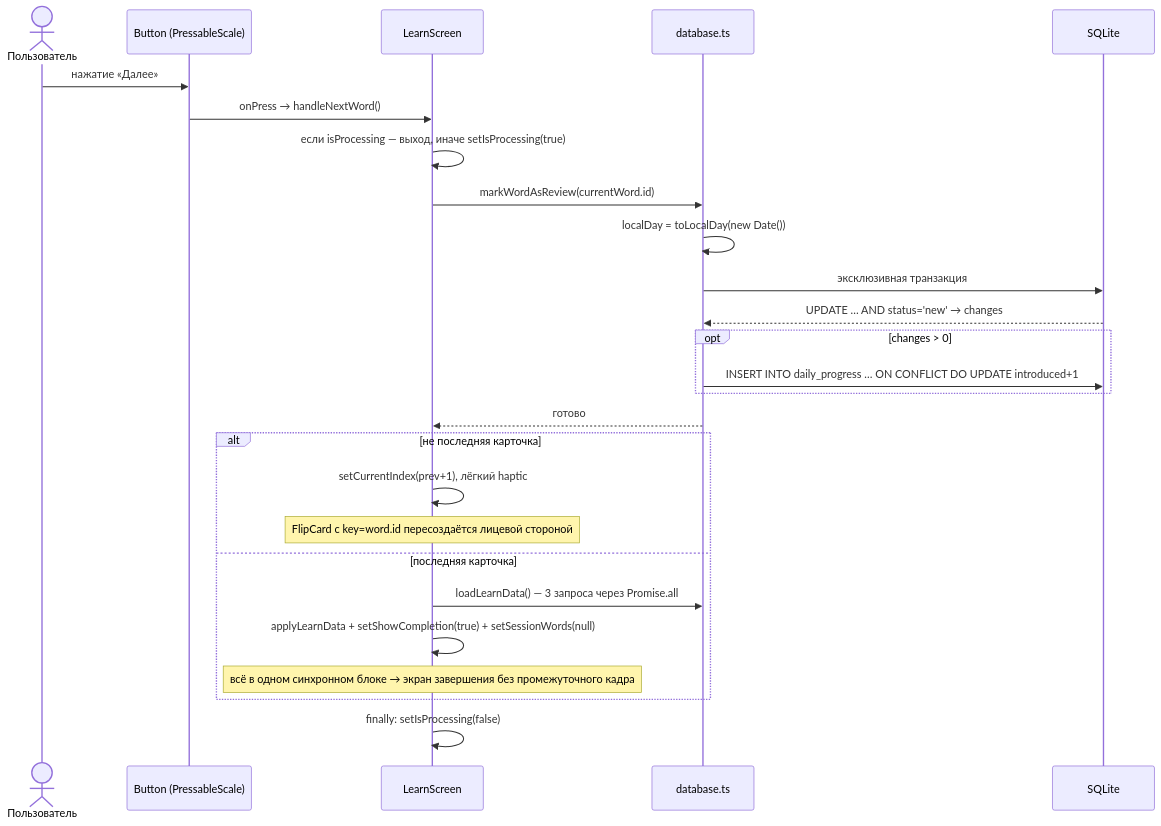
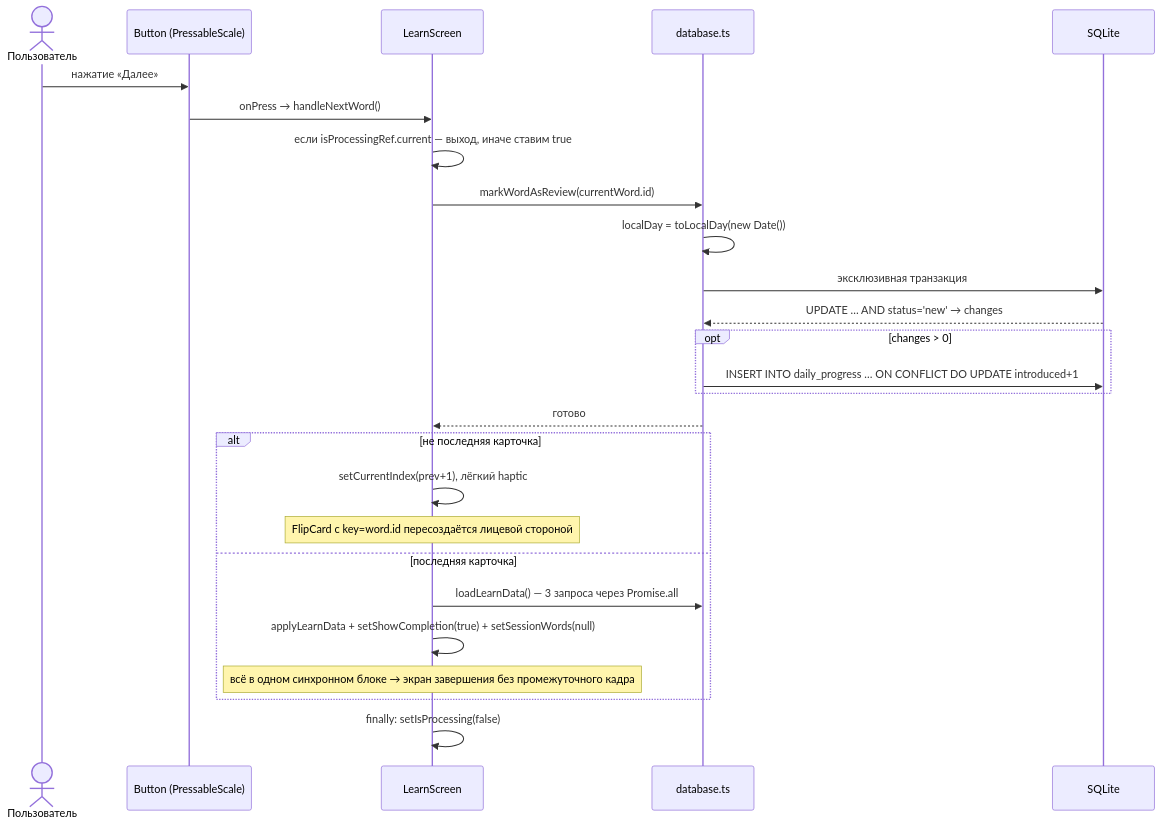
Before and after one commit to 01M/cardlish: the fifth of 6 diagrams in docs/ARCHITECTURE.ru.md, drawn with Mermaid. The commit also changed other lines of this file and 4 other files, not shown here.

````diff
--- a/docs/ARCHITECTURE.ru.md
+++ b/docs/ARCHITECTURE.ru.md
@@ -427,28 +427,28 @@
 ```mermaid
 sequenceDiagram
     actor U as Пользователь
     participant B as Button (PressableScale)
     participant LS as LearnScreen
     participant DB as database.ts
     participant Q as SQLite
     U->>B: нажатие «Далее»
     B->>LS: onPress → handleNextWord()
-    LS->>LS: если isProcessing — выход, иначе setIsProcessing(true)
+    LS->>LS: если isProcessingRef.current — выход, иначе ставим true
     LS->>DB: markWordAsReview(currentWord.id)
     DB->>DB: localDay = toLocalDay(new Date())
     DB->>Q: эксклюзивная транзакция
     Q-->>DB: UPDATE … AND status='new' → changes
     opt changes > 0
         DB->>Q: INSERT INTO daily_progress … ON CONFLICT DO UPDATE introduced+1
     end
     DB-->>LS: готово
     alt не последняя карточка
         LS->>LS: setCurrentIndex(prev+1), лёгкий haptic
         Note over LS: FlipCard с key=word.id пересоздаётся лицевой стороной
     else последняя карточка
         LS->>DB: loadLearnData() — 3 запроса через Promise.all
         LS->>LS: applyLearnData + setShowCompletion(true) + setSessionWords(null)
         Note over LS: всё в одном синхронном блоке → экран завершения без промежуточного кадра
     end
     LS->>LS: finally: setIsProcessing(false)
 ```
````
